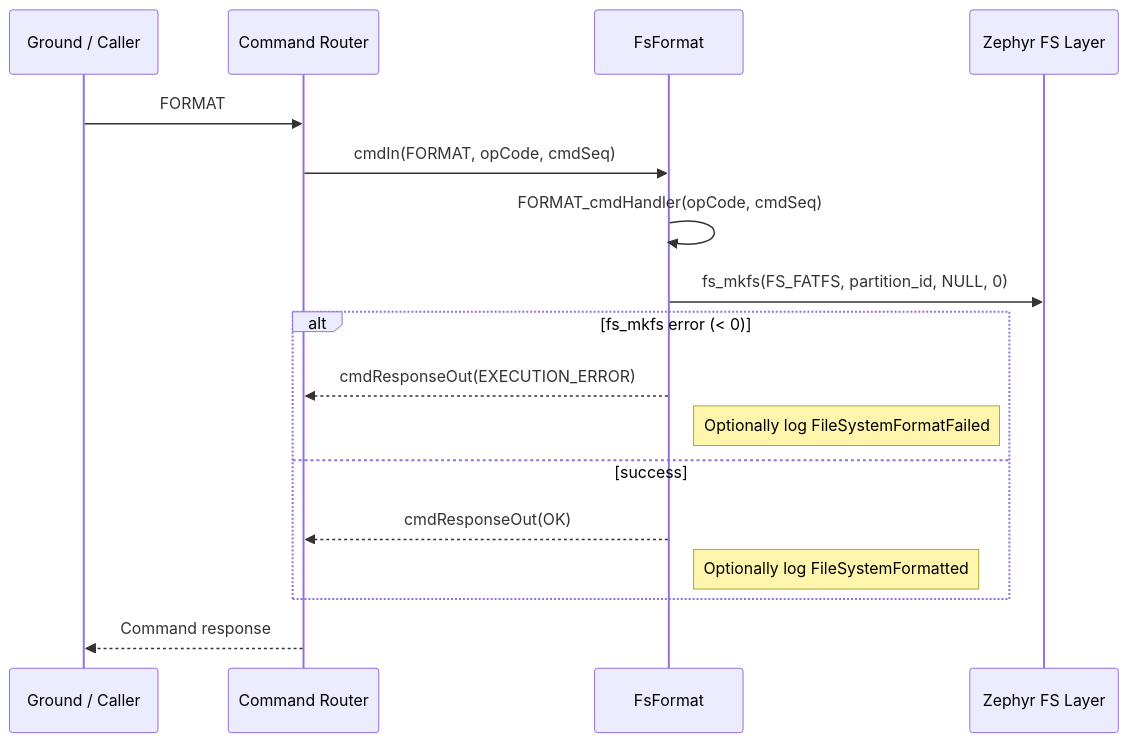
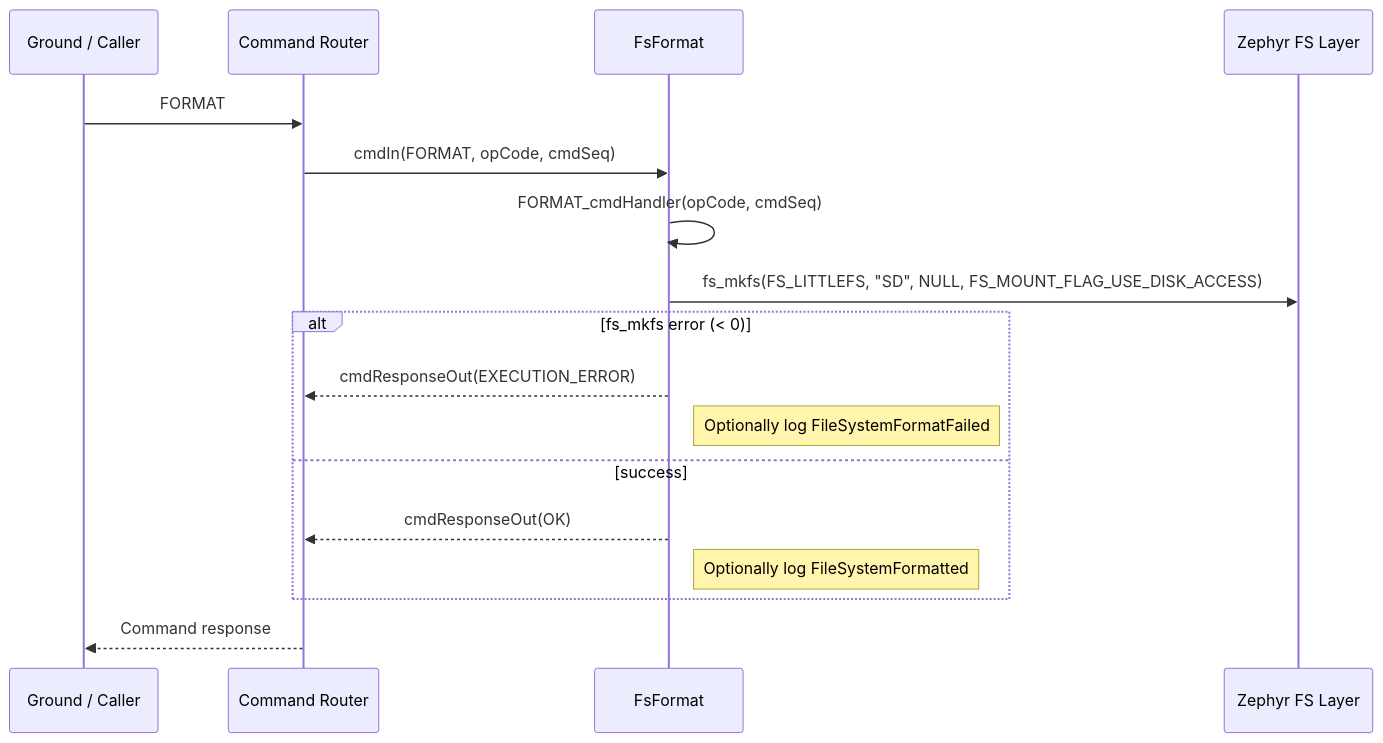
One commit to Open-Source-Space-Foundation/proves-core-reference changed the second of 2 diagrams in docs-site/components/FsFormat.md. Above: the diagram before and after it, drawn with Mermaid. The commit also changed other lines of this file and 10 other files, not shown here.

````diff
--- a/docs-site/components/FsFormat.md
+++ b/docs-site/components/FsFormat.md
@@ -88,20 +77,20 @@
 ```mermaid
 sequenceDiagram
 	participant GDS as Ground / Caller
 	participant Cmd as Command Router
 	participant FsFormat
 	participant ZephyrFS as Zephyr FS Layer
 
 	GDS->>Cmd: FORMAT
 	Cmd->>FsFormat: cmdIn(FORMAT, opCode, cmdSeq)
 	FsFormat->>FsFormat: FORMAT_cmdHandler(opCode, cmdSeq)
-	FsFormat->>ZephyrFS: fs_mkfs(FS_FATFS, partition_id, NULL, 0)
+	FsFormat->>ZephyrFS: fs_mkfs(FS_LITTLEFS, "SD", NULL, FS_MOUNT_FLAG_USE_DISK_ACCESS)
 	alt fs_mkfs error (< 0)
 		FsFormat-->>Cmd: cmdResponseOut(EXECUTION_ERROR)
 		note right of FsFormat: Optionally log FileSystemFormatFailed
 	else success
 		FsFormat-->>Cmd: cmdResponseOut(OK)
 		note right of FsFormat: Optionally log FileSystemFormatted
 	end
 	Cmd-->>GDS: Command response
 ```
````
